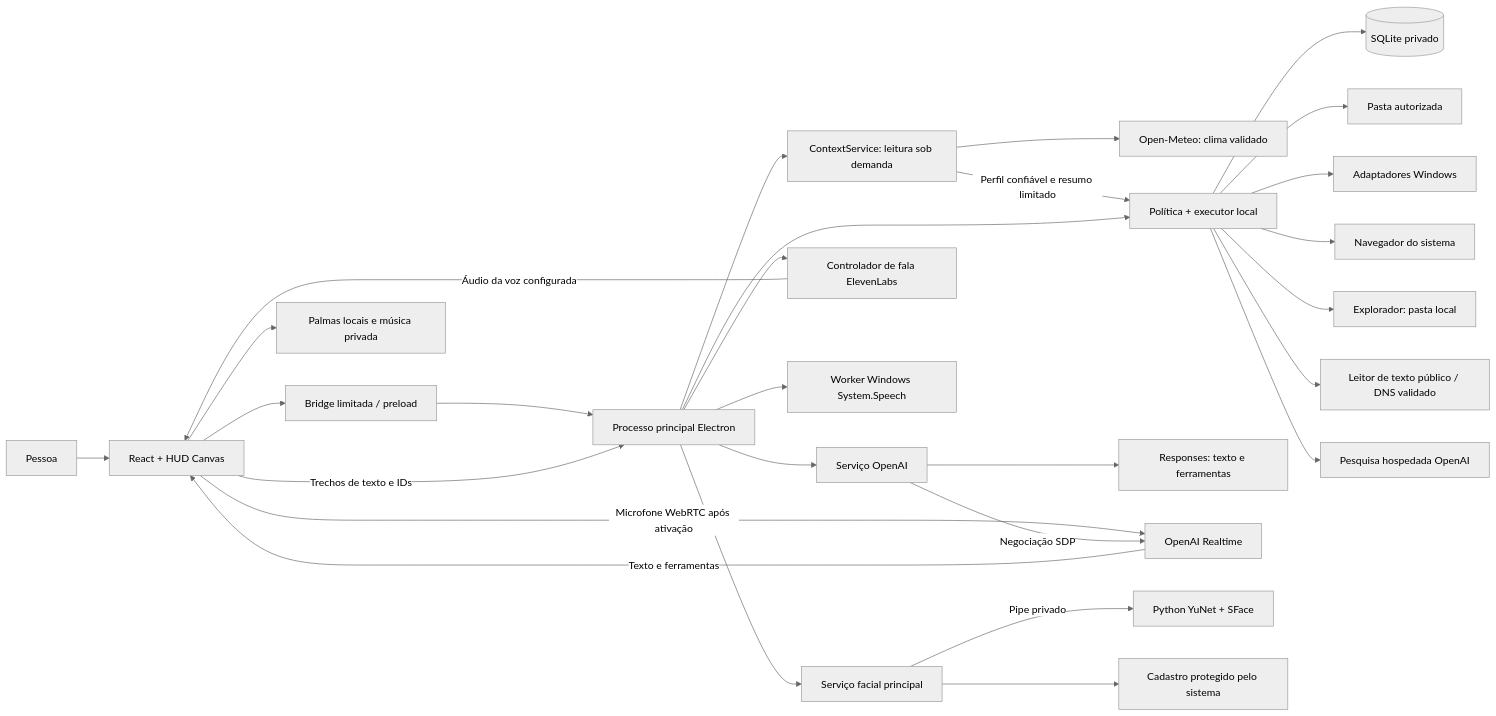
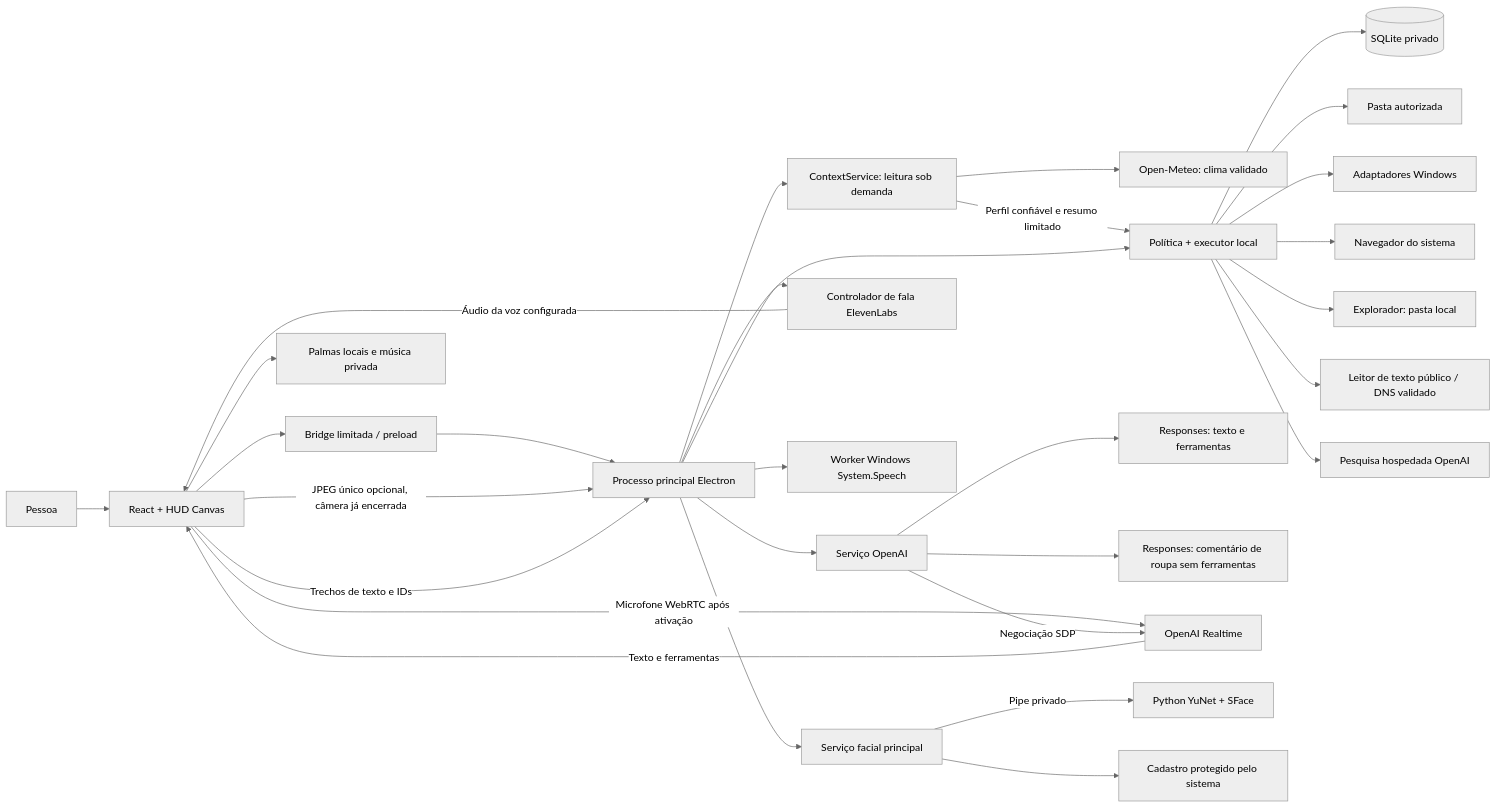
Before and after one commit to Gleysonp-Dev/GleysonSilva-Jarvis: the diagram in docs/architecture.md, drawn with Mermaid (neutral theme). The commit also changed other lines of this file and 32 other files, not shown here.

````diff
--- a/docs/architecture.md
+++ b/docs/architecture.md
@@ -7,30 +9,32 @@
 ```mermaid
 flowchart LR
     Pessoa[Pessoa] --> UI[React + HUD Canvas]
     UI --> Bridge[Bridge limitada / preload]
     Bridge --> Main[Processo principal Electron]
     Main --> Context[ContextService: leitura sob demanda]
     Context --> Weather[Open-Meteo: clima validado]
     Context -->|Perfil confiável e resumo limitado| Runtime
     Main --> Provider[Serviço OpenAI]
     Provider --> Responses[Responses: texto e ferramentas]
+    UI -->|JPEG único opcional, câmera já encerrada| Main
+    Provider --> Outfit[Responses: comentário de roupa sem ferramentas]
     UI -->|Microfone WebRTC após ativação| Realtime[OpenAI Realtime]
     Realtime -->|Texto e ferramentas| UI
     Provider -->|Negociação SDP| Realtime
     UI -->|Trechos de texto e IDs| Main
     Main --> Speech[Controlador de fala ElevenLabs]
     Speech -->|Áudio da voz configurada| UI
     UI --> Standby[Palmas locais e música privada]
     Main --> Wake[Worker Windows System.Speech]
     Main --> Runtime[Política + executor local]
     Runtime --> DB[(SQLite privado)]
     Runtime --> Files[Pasta autorizada]
     Runtime --> Apps[Adaptadores Windows]
     Runtime --> Browser[Navegador do sistema]
     Runtime --> Folders[Explorador: pasta local]
     Runtime --> Web[Leitor de texto público / DNS validado]
     Runtime --> Search[Pesquisa hospedada OpenAI]
     Main --> Vision[Serviço facial principal]
     Vision -->|Pipe privado| Worker[Python YuNet + SFace]
     Vision --> Protected[Cadastro protegido pelo sistema]
 ```
````
